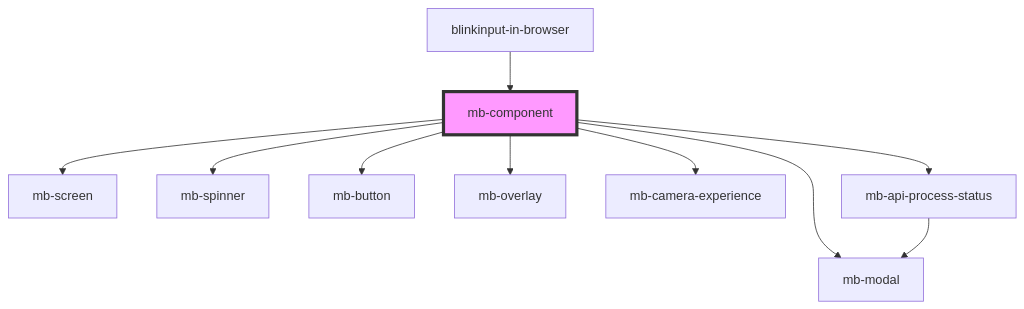
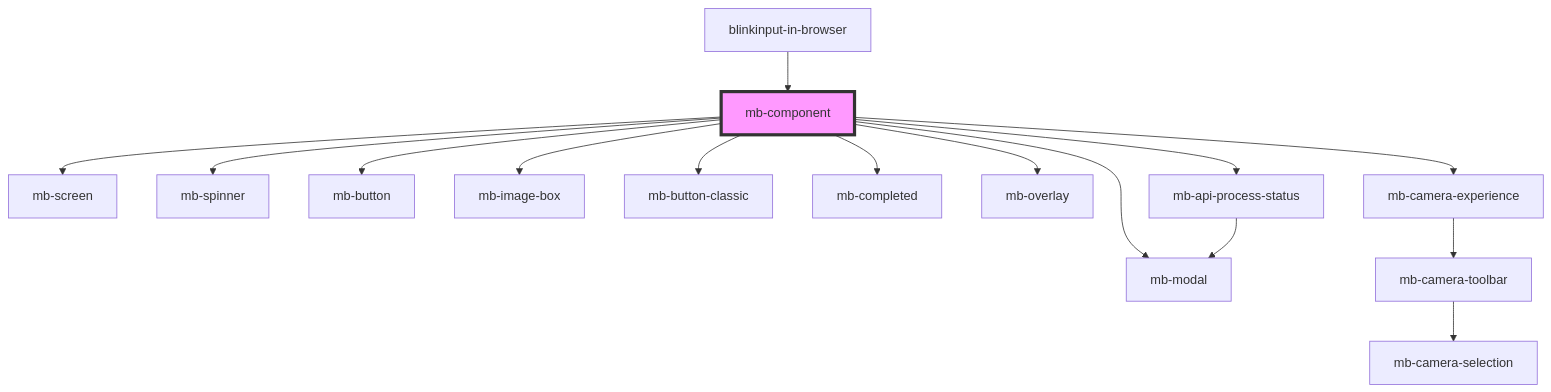
Before and after one commit to blinkinput/blinkinput-in-browser: the diagram in ui/docs/components/shared/mb-component/readme.md, drawn with Mermaid. The commit also changed other lines of this file and 100 other files, not shown here.

````diff
--- a/ui/docs/components/shared/mb-component/readme.md
+++ b/ui/docs/components/shared/mb-component/readme.md
@@ -87,13 +93,18 @@
 ```mermaid
 graph TD;
   mb-component --> mb-screen
   mb-component --> mb-spinner
   mb-component --> mb-button
+  mb-component --> mb-image-box
+  mb-component --> mb-button-classic
+  mb-component --> mb-completed
   mb-component --> mb-overlay
   mb-component --> mb-modal
   mb-component --> mb-camera-experience
   mb-component --> mb-api-process-status
+  mb-camera-experience --> mb-camera-toolbar
+  mb-camera-toolbar --> mb-camera-selection
   mb-api-process-status --> mb-modal
   blinkinput-in-browser --> mb-component
   style mb-component fill:#f9f,stroke:#333,stroke-width:4px
 ```
````
